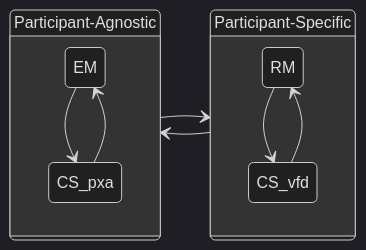
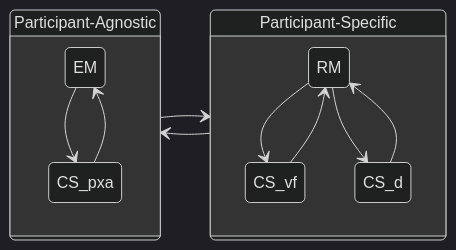
The diagram in docs/topics/process_models/model_interactions/index.md (CERTCC/Vultron), drawn with Mermaid (dark theme) before and after one commit. The commit also changed 4 other files, not shown here.

````diff
--- a/docs/topics/process_models/model_interactions/index.md
+++ b/docs/topics/process_models/model_interactions/index.md
@@ -27,20 +27,23 @@
 ```mermaid
 stateDiagram-v2
     direction LR
     PA: Participant-Agnostic
     state PA {
         EM
         CS_pxa
         EM --> CS_pxa
         CS_pxa --> EM
     }
     PS: Participant-Specific
     state PS {
         RM
-        CS_vfd
-        RM --> CS_vfd
-        CS_vfd --> RM
+        CS_vf
+        CS_d
+        RM --> CS_vf
+        RM --> CS_d
+        CS_vf --> RM
+        CS_d --> RM
     }
     PA --> PS
     PS --> PA   
 ```
````
